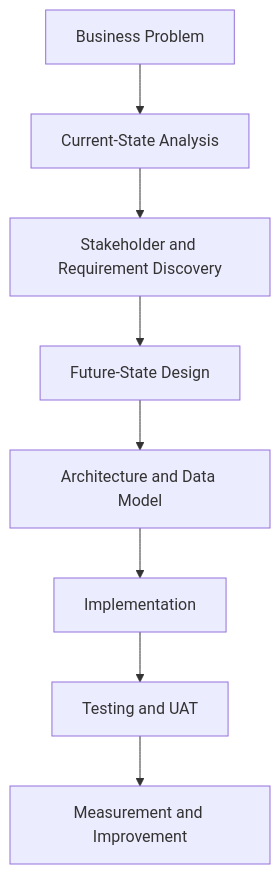
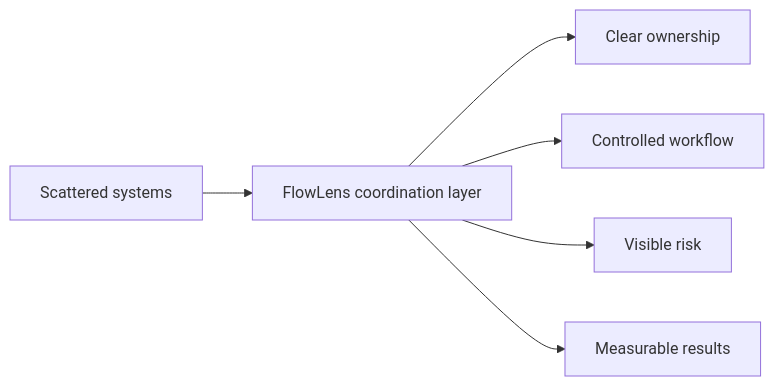
The first of 4 diagrams in README.md (kay-freeman/flowlens), drawn with Mermaid before and after one commit. The commit also changed other lines of this file, not shown here.

Commit message:
Redesign README and document workflow definitions

````diff
--- a/README.md
+++ b/README.md
@@ -244,10 +73,8 @@
 ```mermaid
-flowchart TD
-    A["Business Problem"] --> B["Current-State Analysis"]
-    B --> C["Stakeholder and Requirement Discovery"]
-    C --> D["Future-State Design"]
-    D --> E["Architecture and Data Model"]
-    E --> F["Implementation"]
-    F --> G["Testing and UAT"]
-    G --> H["Measurement and Improvement"]
+flowchart LR
+    A["Scattered systems"] --> B["FlowLens coordination layer"]
+    B --> C["Clear ownership"]
+    B --> D["Controlled workflow"]
+    B --> E["Visible risk"]
+    B --> F["Measurable results"]
 ```
````
